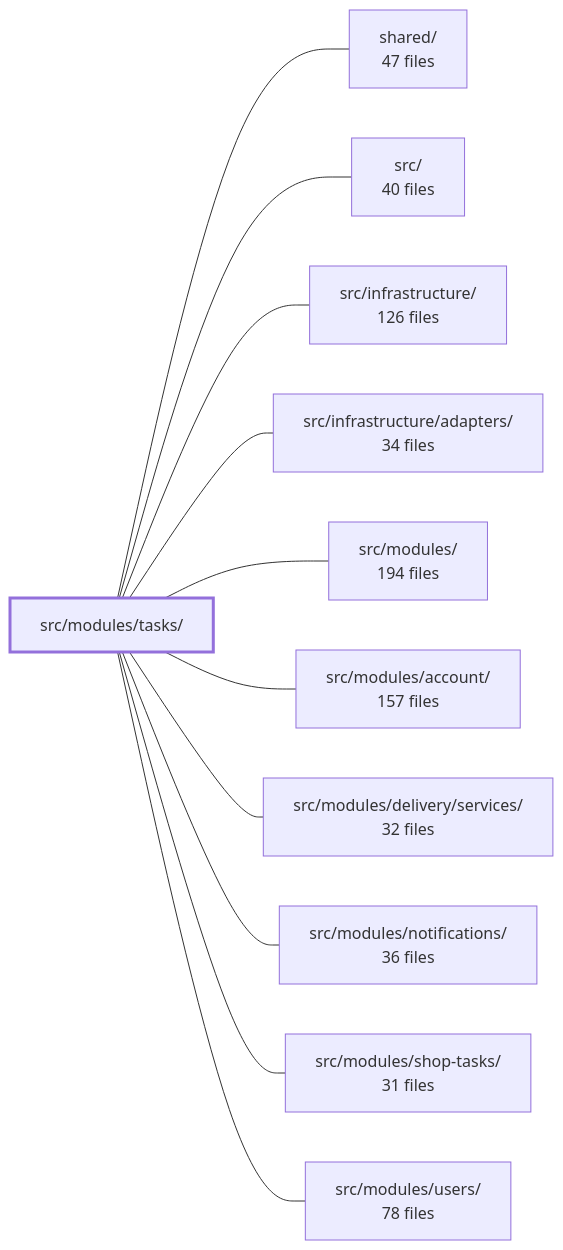
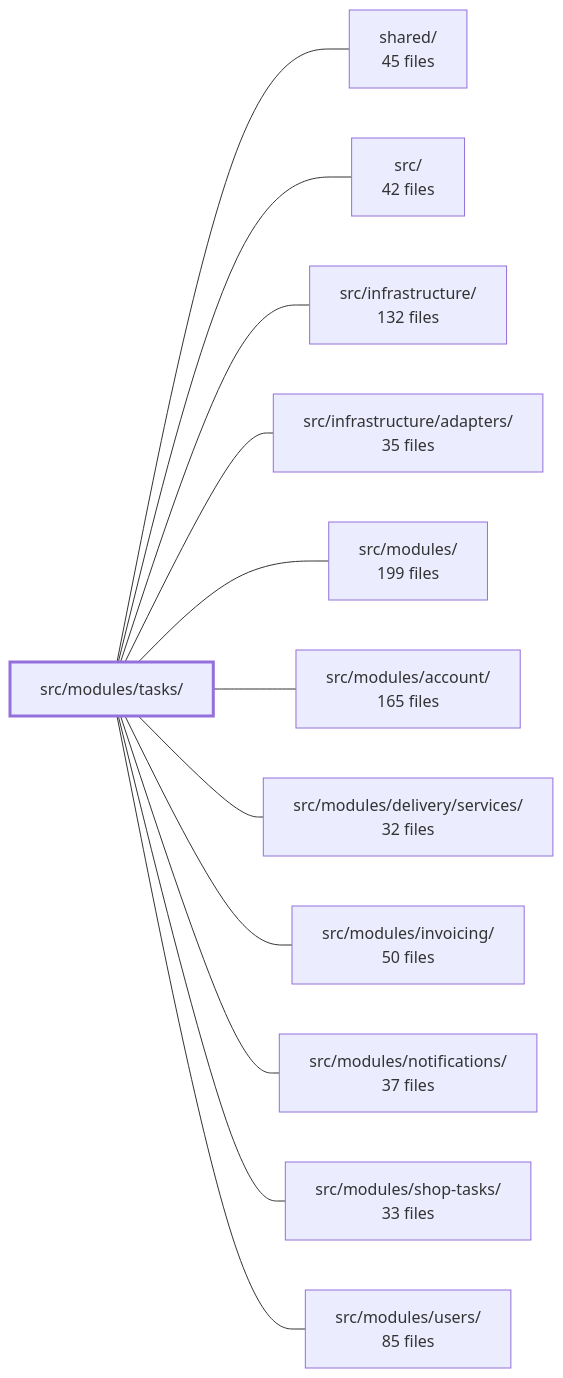
One commit to Guebbit/boilerplate-node-backend changed the diagram in .2brain/modules/boilerplate-node-backend_src_modules_tasks.md. Above: the diagram before and after it, drawn with Mermaid. The commit also changed other lines of this file and 1102 other files, not shown here.

````diff
--- a/.2brain/modules/boilerplate-node-backend_src_modules_tasks.md
+++ b/.2brain/modules/boilerplate-node-backend_src_modules_tasks.md
@@ -43,25 +43,27 @@
 ```mermaid
 flowchart LR
     m_src_modules_tasks["src/modules/tasks/"]
-    m_shared["shared/<br/>47 files"]
-    m_src["src/<br/>40 files"]
-    m_src_infrastructure["src/infrastructure/<br/>126 files"]
-    m_src_infrastructure_adapters["src/infrastructure/adapters/<br/>34 files"]
-    m_src_modules["src/modules/<br/>194 files"]
-    m_src_modules_account["src/modules/account/<br/>157 files"]
+    m_shared["shared/<br/>45 files"]
+    m_src["src/<br/>42 files"]
+    m_src_infrastructure["src/infrastructure/<br/>132 files"]
+    m_src_infrastructure_adapters["src/infrastructure/adapters/<br/>35 files"]
+    m_src_modules["src/modules/<br/>199 files"]
+    m_src_modules_account["src/modules/account/<br/>165 files"]
     m_src_modules_delivery_services["src/modules/delivery/services/<br/>32 files"]
-    m_src_modules_notifications["src/modules/notifications/<br/>36 files"]
-    m_src_modules_shop_tasks["src/modules/shop-tasks/<br/>31 files"]
-    m_src_modules_users["src/modules/users/<br/>78 files"]
+    m_src_modules_invoicing["src/modules/invoicing/<br/>50 files"]
+    m_src_modules_notifications["src/modules/notifications/<br/>37 files"]
+    m_src_modules_shop_tasks["src/modules/shop-tasks/<br/>33 files"]
+    m_src_modules_users["src/modules/users/<br/>85 files"]
     m_src_modules_tasks --- m_shared
     m_src_modules_tasks --- m_src
     m_src_modules_tasks --- m_src_infrastructure
     m_src_modules_tasks --- m_src_infrastructure_adapters
     m_src_modules_tasks --- m_src_modules
     m_src_modules_tasks --- m_src_modules_account
     m_src_modules_tasks --- m_src_modules_delivery_services
+    m_src_modules_tasks --- m_src_modules_invoicing
     m_src_modules_tasks --- m_src_modules_notifications
     m_src_modules_tasks --- m_src_modules_shop_tasks
     m_src_modules_tasks --- m_src_modules_users
     style m_src_modules_tasks stroke-width:3px
 ```
````
